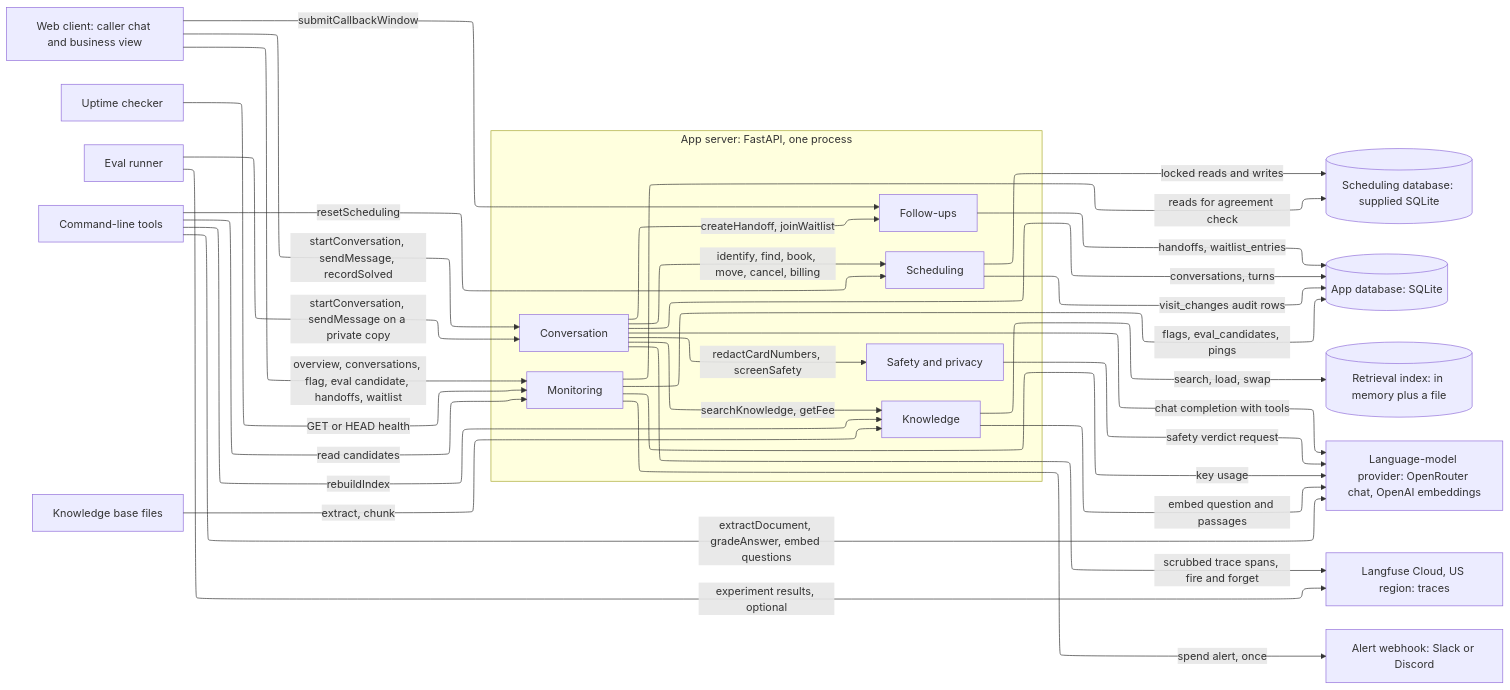
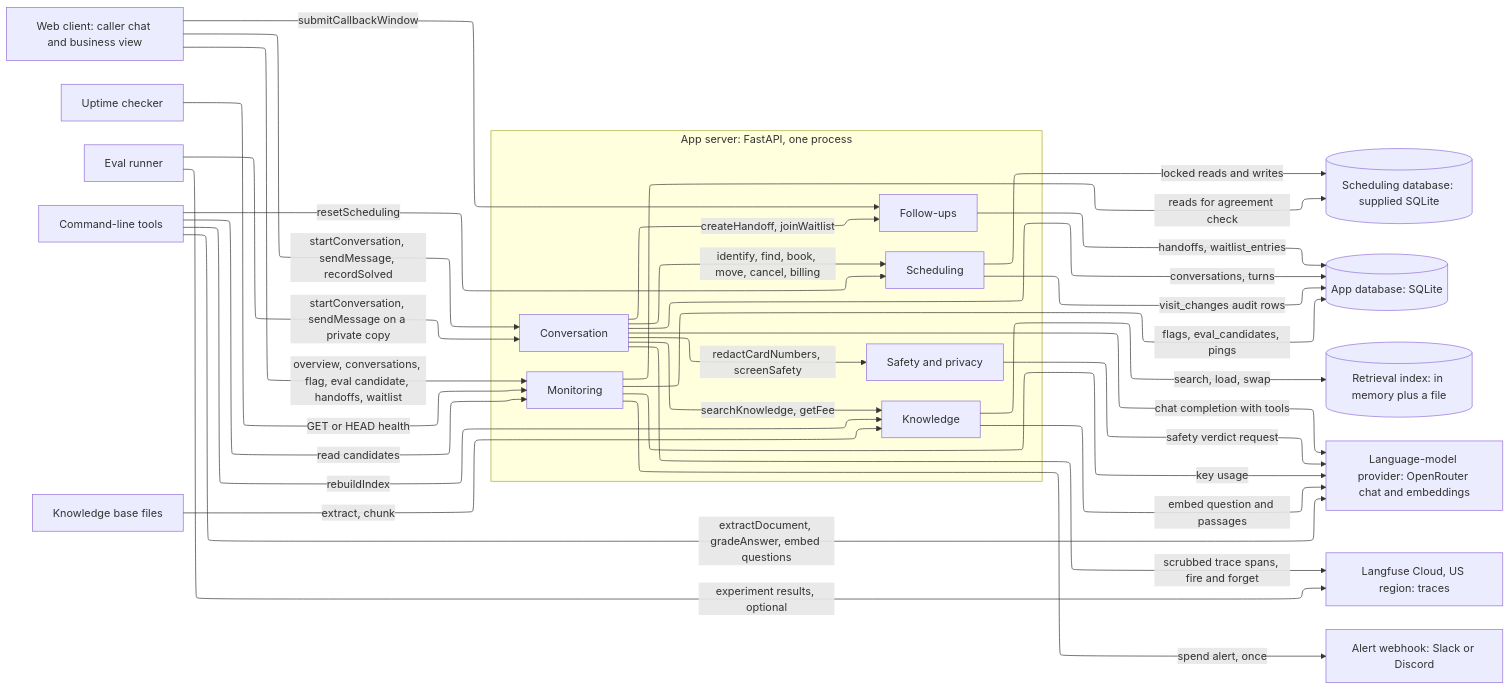
Before and after one commit to ThinkBuildMake/aea-fde-challenge: the first of 11 diagrams in docs/ARCHITECTURE.md, drawn with Mermaid. The commit also changed other lines of this file and 1 other file, not shown here.

First line of the commit message:
Embeddings through OpenRouter by default, OpenAI direct as fallback; Langfuse base URL name

````diff
--- a/docs/ARCHITECTURE.md
+++ b/docs/ARCHITECTURE.md
@@ -7,51 +7,51 @@
 ```mermaid
 %%{init: {"layout": "elk", "flowchart": {"nodeSpacing": 40, "rankSpacing": 60}}}%%
 flowchart LR
   client["Web client: caller chat and business view"]
   uptime["Uptime checker"]
   evalr["Eval runner"]
   cli["Command-line tools"]
   kb["Knowledge base files"]
   subgraph app["App server: FastAPI, one process"]
     conv["Conversation"]
     safety["Safety and privacy"]
     know["Knowledge"]
     sched["Scheduling"]
     fup["Follow-ups"]
     mon["Monitoring"]
   end
   sdb[("Scheduling database: supplied SQLite")]
   adb[("App database: SQLite")]
   idx[("Retrieval index: in memory plus a file")]
-  llm["Language-model provider: OpenRouter chat, OpenAI embeddings"]
+  llm["Language-model provider: OpenRouter chat and embeddings"]
   lf["Langfuse Cloud, US region: traces"]
   chatops["Alert webhook: Slack or Discord"]
   client -->|startConversation, sendMessage, recordSolved| conv
   client -->|submitCallbackWindow| fup
   client -->|overview, conversations, flag, eval candidate, handoffs, waitlist| mon
   uptime -->|GET or HEAD health| mon
   evalr -->|startConversation, sendMessage on a private copy| conv
   cli -->|rebuildIndex| know
   cli -->|resetScheduling| sched
   cli -->|read candidates| mon
   cli -->|extractDocument, gradeAnswer, embed questions| llm
   kb -->|extract, chunk| know
   conv -->|redactCardNumbers, screenSafety| safety
   conv -->|searchKnowledge, getFee| know
   conv -->|identify, find, book, move, cancel, billing| sched
   conv -->|createHandoff, joinWaitlist| fup
   conv -->|chat completion with tools| llm
   safety -->|safety verdict request| llm
   know -->|embed question and passages| llm
   know -->|search, load, swap| idx
   mon -->|key usage| llm
   conv -->|scrubbed trace spans, fire and forget| lf
   evalr -->|experiment results, optional| lf
   mon -->|spend alert, once| chatops
   sched -->|locked reads and writes| sdb
   sched -->|visit_changes audit rows| adb
   mon -->|reads for agreement check| sdb
   conv -->|conversations, turns| adb
   fup -->|handoffs, waitlist_entries| adb
   mon -->|flags, eval_candidates, pings| adb
 ```
````
